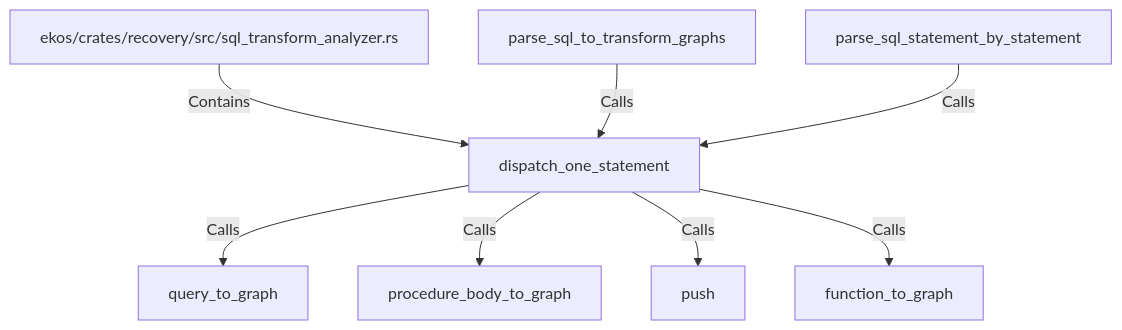
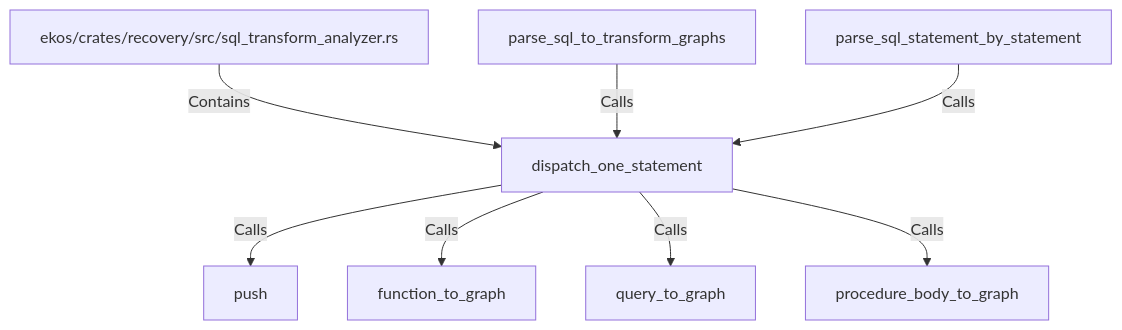
Before and after one commit to alexeyban/EKOS: the diagram in doc/entities/rustsymbol/di/dispatch-one-statement.md, drawn with Mermaid. The commit also changed other lines of this file and 552 other files, not shown here.

````diff
--- a/doc/entities/rustsymbol/di/dispatch-one-statement.md
+++ b/doc/entities/rustsymbol/di/dispatch-one-statement.md
@@ -26,18 +26,18 @@
 ```mermaid
 graph TD
     n23b79c8c17485c88b609df3f07bd4779["dispatch_one_statement"]
     n987e3fbb31ec576db7947e801336e8c8["ekos/crates/recovery/src/sql_transform_analyzer.rs"]
     n987e3fbb31ec576db7947e801336e8c8 -->|Contains| n23b79c8c17485c88b609df3f07bd4779
     nfbbf8304b13951e0bbeba3ae80044130["parse_sql_to_transform_graphs"]
     nfbbf8304b13951e0bbeba3ae80044130 -->|Calls| n23b79c8c17485c88b609df3f07bd4779
+    ncc223cbc9afd50869f888c6d484895d1["push"]
+    n23b79c8c17485c88b609df3f07bd4779 -->|Calls| ncc223cbc9afd50869f888c6d484895d1
+    nfb4a63c136905beeb4246e26e9a46525["function_to_graph"]
+    n23b79c8c17485c88b609df3f07bd4779 -->|Calls| nfb4a63c136905beeb4246e26e9a46525
     nf816648ea2ad50bdbd73494fdbbbad49["query_to_graph"]
     n23b79c8c17485c88b609df3f07bd4779 -->|Calls| nf816648ea2ad50bdbd73494fdbbbad49
     n7ec44c96a38e5bf58c0f3683d9b61662["procedure_body_to_graph"]
     n23b79c8c17485c88b609df3f07bd4779 -->|Calls| n7ec44c96a38e5bf58c0f3683d9b61662
-    ncc223cbc9afd50869f888c6d484895d1["push"]
-    n23b79c8c17485c88b609df3f07bd4779 -->|Calls| ncc223cbc9afd50869f888c6d484895d1
-    nfb4a63c136905beeb4246e26e9a46525["function_to_graph"]
-    n23b79c8c17485c88b609df3f07bd4779 -->|Calls| nfb4a63c136905beeb4246e26e9a46525
     n5496bf596cfe52088e5c2ac011f7f9d8["parse_sql_statement_by_statement"]
     n5496bf596cfe52088e5c2ac011f7f9d8 -->|Calls| n23b79c8c17485c88b609df3f07bd4779
 ```
````
